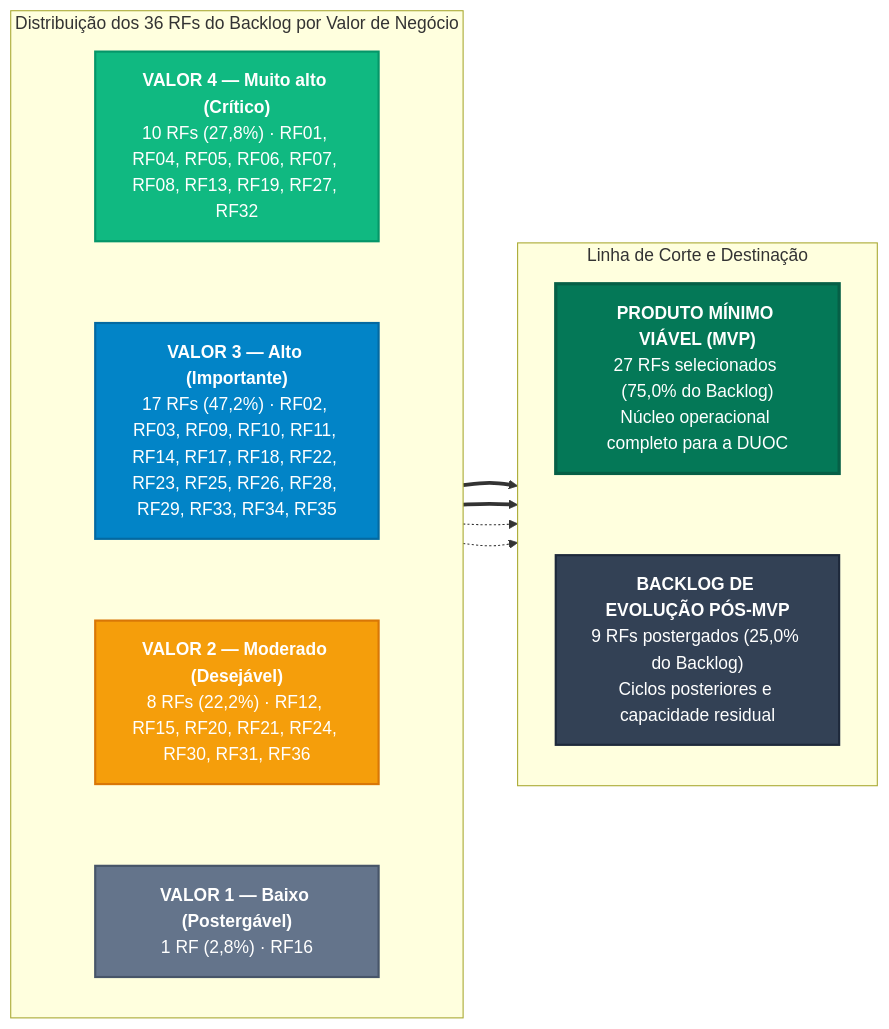
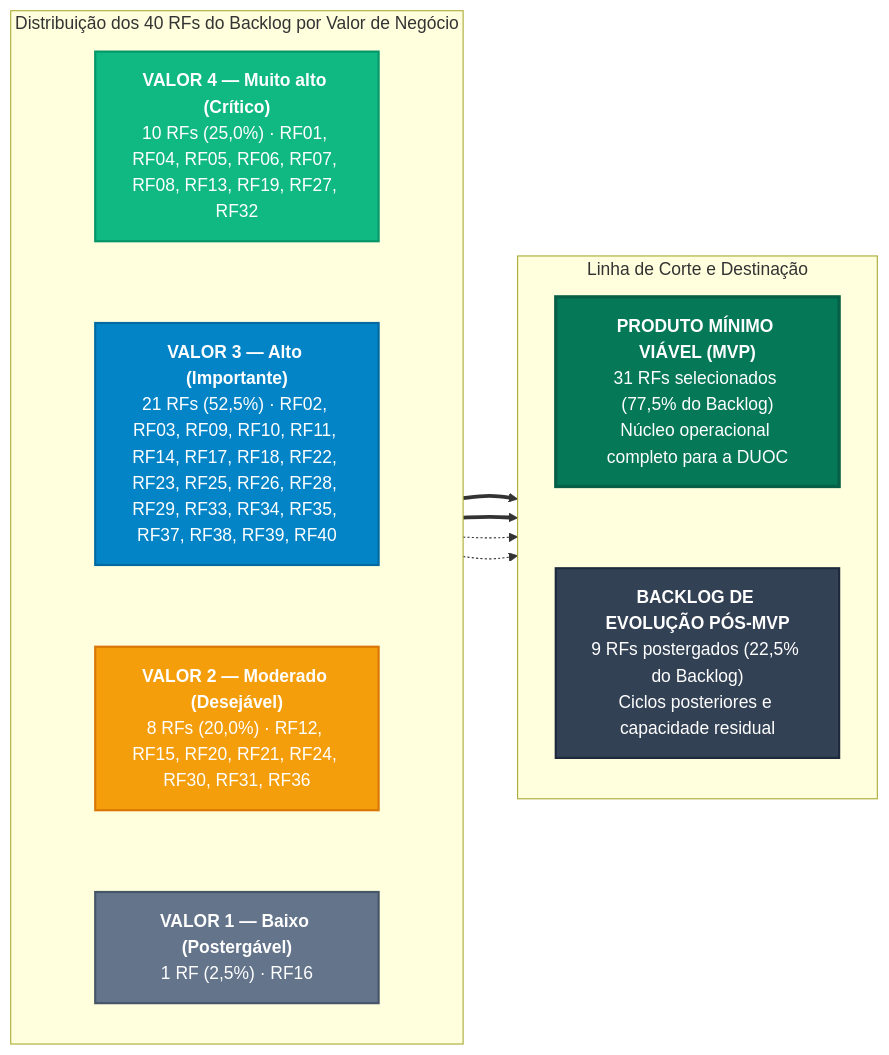
Before and after one commit to mdsreq-fga-unb/REQ-2026.2-T01-DUOC-Finance: the first of 2 diagrams in docs/requisitos/priorizacao.md, drawn with Mermaid. The commit also changed other lines of this file and 7 other files, not shown here.

````diff
--- a/docs/requisitos/priorizacao.md
+++ b/docs/requisitos/priorizacao.md
@@ -93,39 +93,39 @@
     ```mermaid
     flowchart LR
-        subgraph NIVEIS["Distribuição dos 36 RFs do Backlog por Valor de Negócio"]
+        subgraph NIVEIS["Distribuição dos 40 RFs do Backlog por Valor de Negócio"]
             direction TB
-            V4["<b>VALOR 4 — Muito alto (Crítico)</b><br>10 RFs (27,8%) · RF01, RF04, RF05, RF06, RF07, RF08, RF13, RF19, RF27, RF32"]
-            V3["<b>VALOR 3 — Alto (Importante)</b><br>17 RFs (47,2%) · RF02, RF03, RF09, RF10, RF11, RF14, RF17, RF18, RF22, RF23, RF25, RF26, RF28, RF29, RF33, RF34, RF35"]
-            V2["<b>VALOR 2 — Moderado (Desejável)</b><br>8 RFs (22,2%) · RF12, RF15, RF20, RF21, RF24, RF30, RF31, RF36"]
-            V1["<b>VALOR 1 — Baixo (Postergável)</b><br>1 RF (2,8%) · RF16"]
+            V4["<b>VALOR 4 — Muito alto (Crítico)</b><br>10 RFs (25,0%) · RF01, RF04, RF05, RF06, RF07, RF08, RF13, RF19, RF27, RF32"]
+            V3["<b>VALOR 3 — Alto (Importante)</b><br>21 RFs (52,5%) · RF02, RF03, RF09, RF10, RF11, RF14, RF17, RF18, RF22, RF23, RF25, RF26, RF28, RF29, RF33, RF34, RF35, RF37, RF38, RF39, RF40"]
+            V2["<b>VALOR 2 — Moderado (Desejável)</b><br>8 RFs (20,0%) · RF12, RF15, RF20, RF21, RF24, RF30, RF31, RF36"]
+            V1["<b>VALOR 1 — Baixo (Postergável)</b><br>1 RF (2,5%) · RF16"]
             V4 ~~~ V3
             V3 ~~~ V2
             V2 ~~~ V1
         end
 
         subgraph DEST["Linha de Corte e Destinação"]
             direction TB
-            MVP["<b>PRODUTO MÍNIMO VIÁVEL (MVP)</b><br>27 RFs selecionados (75,0% do Backlog)<br>Núcleo operacional completo para a DUOC"]
-            POST["<b>BACKLOG DE EVOLUÇÃO PÓS-MVP</b><br>9 RFs postergados (25,0% do Backlog)<br>Ciclos posteriores e capacidade residual"]
+            MVP["<b>PRODUTO MÍNIMO VIÁVEL (MVP)</b><br>31 RFs selecionados (77,5% do Backlog)<br>Núcleo operacional completo para a DUOC"]
+            POST["<b>BACKLOG DE EVOLUÇÃO PÓS-MVP</b><br>9 RFs postergados (22,5% do Backlog)<br>Ciclos posteriores e capacidade residual"]
             MVP ~~~ POST
         end
 
         V4 ==> MVP
         V3 ==> MVP
         V2 -.-> POST
         V1 -.-> POST
 
         classDef v4Class fill:#10b981,stroke:#059669,stroke-width:2px,color:#ffffff;
         classDef v3Class fill:#0284c7,stroke:#0369a1,stroke-width:2px,color:#ffffff;
         classDef v2Class fill:#f59e0b,stroke:#d97706,stroke-width:2px,color:#ffffff;
         classDef v1Class fill:#64748b,stroke:#475569,stroke-width:2px,color:#ffffff;
         classDef mvpClass fill:#047857,stroke:#065f46,stroke-width:3px,color:#ffffff;
         classDef postClass fill:#334155,stroke:#1e293b,stroke-width:2px,color:#ffffff;
 
         class V4 v4Class;
         class V3 v3Class;
         class V2 v2Class;
         class V1 v1Class;
         class MVP mvpClass;
         class POST postClass;
     ```
````
